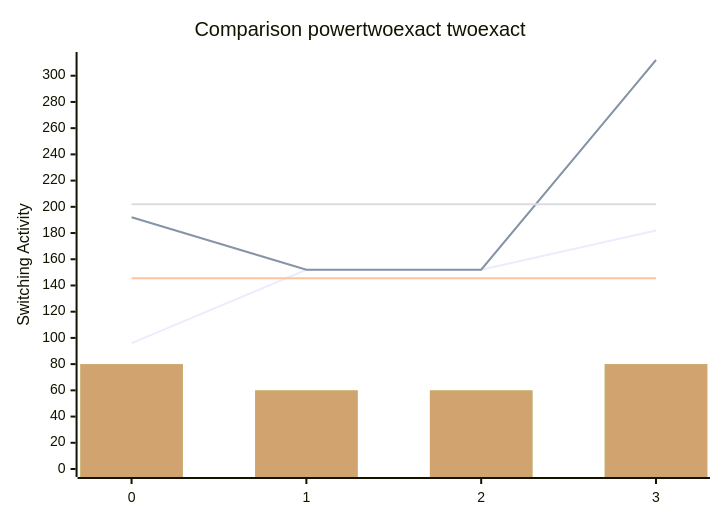
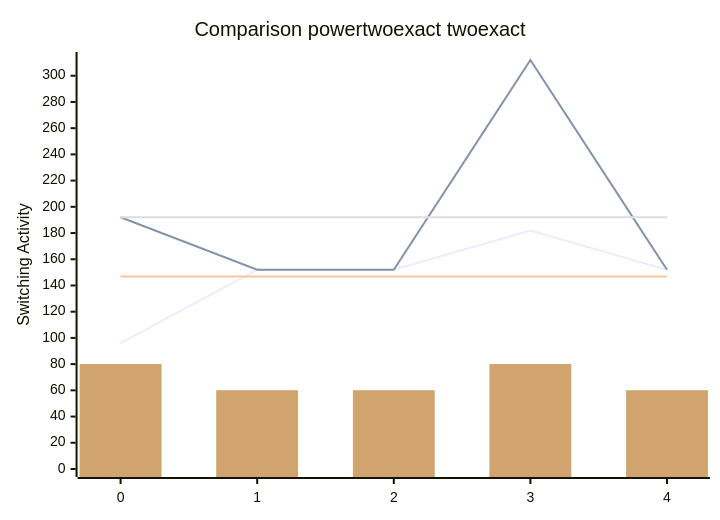
Before and after one commit to FeldmeierMichael/Exact-Power-Synthesis: the diagram in benchmark.md, drawn with Mermaid. The commit also changed other lines of this file and 2 other files, not shown here.

````diff
--- a/benchmark.md
+++ b/benchmark.md
@@ -9,12 +11,12 @@
 ```mermaid
 xychart-beta
     title "Comparison powertwoexact twoexact"
-    x-axis [0, 1, 2, 3]
+    x-axis [0, 1, 2, 3, 4]
     y-axis "Switching Activity" 0-->312
-    line [96, 152, 152, 182]
-    line [192, 152, 152, 312]
-    line [145.5, 145.5, 145.5, 145.5]
-    line [202.0, 202.0, 202.0, 202.0]
-    bar [80, 60, 60, 80]
-    bar [80, 60, 60, 80]
+    line [96, 152, 152, 182, 152]
+    line [192, 152, 152, 312, 152]
+    line [146.8, 146.8, 146.8, 146.8, 146.8]
+    line [192.0, 192.0, 192.0, 192.0, 192.0]
+    bar [80, 60, 60, 80, 60]
+    bar [80, 60, 60, 80, 60]
 ```
````
